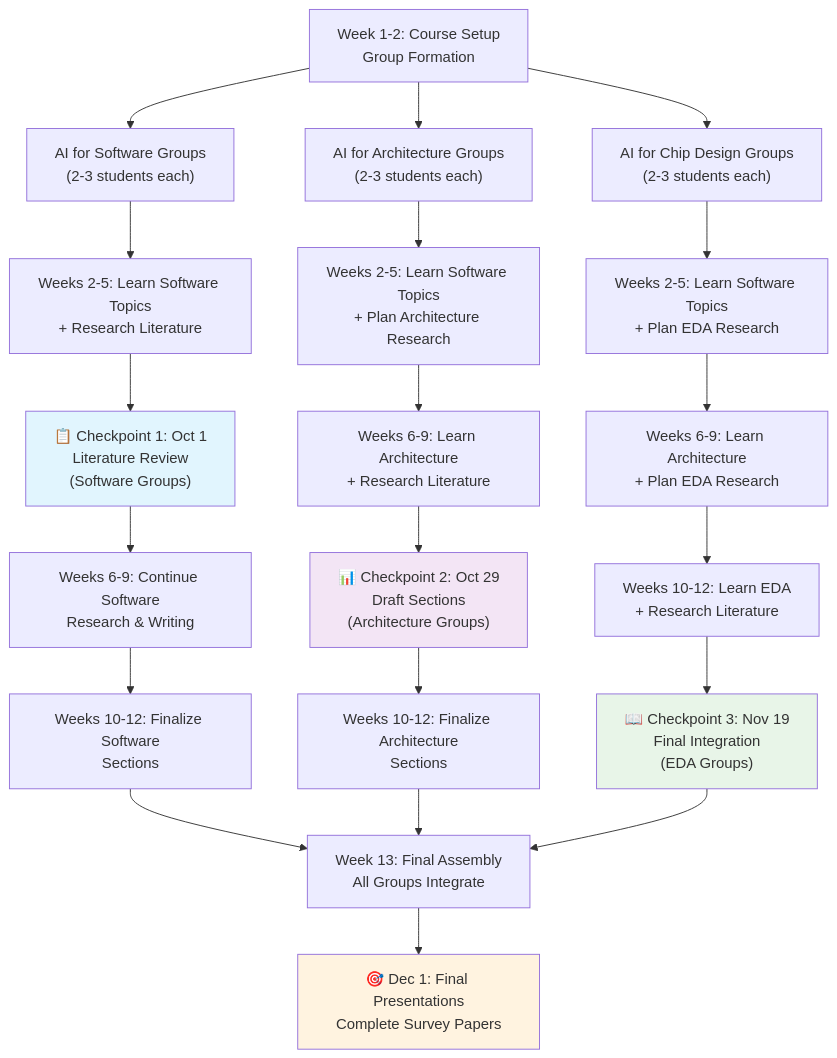
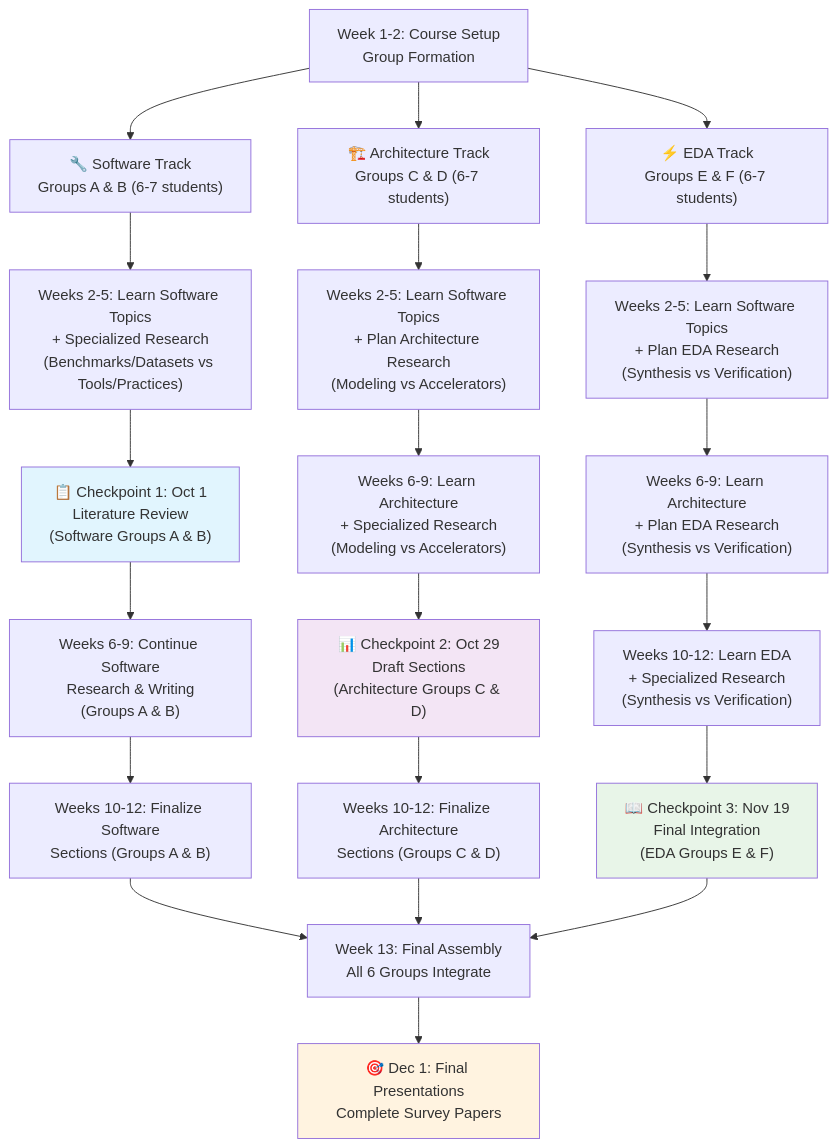
One commit to harvard-edge/cs249r_fall2025 changed the third of 3 diagrams in course/project.md. Above: the diagram before and after it, drawn with Mermaid. The commit also changed other lines of this file, not shown here.

First line of the commit message:
Restructure for 16-19 students with Architecture 2.0 framework

```diff
--- a/course/project.md
+++ b/course/project.md
@@ -133,35 +155,35 @@
 <div class="mermaid">
 flowchart TD
-    A["Week 1-2: Course Setup<br/>Group Formation"] --> B["AI for Software Groups<br/>(2-3 students each)"]
-    A --> C["AI for Architecture Groups<br/>(2-3 students each)"]
-    A --> D["AI for Chip Design Groups<br/>(2-3 students each)"]
+    A["Week 1-2: Course Setup<br/>Group Formation"] --> B["🔧 Software Track<br/>Groups A & B (6-7 students)"]
+    A --> C["🏗️ Architecture Track<br/>Groups C & D (6-7 students)"]
+    A --> D["⚡ EDA Track<br/>Groups E & F (6-7 students)"]
     
-    B --> E["Weeks 2-5: Learn Software Topics<br/>+ Research Literature"]
-    C --> F["Weeks 2-5: Learn Software Topics<br/>+ Plan Architecture Research"]
-    D --> G["Weeks 2-5: Learn Software Topics<br/>+ Plan EDA Research"]
+    B --> E["Weeks 2-5: Learn Software Topics<br/>+ Specialized Research<br/>(Benchmarks/Datasets vs Tools/Practices)"]
+    C --> F["Weeks 2-5: Learn Software Topics<br/>+ Plan Architecture Research<br/>(Modeling vs Accelerators)"]
+    D --> G["Weeks 2-5: Learn Software Topics<br/>+ Plan EDA Research<br/>(Synthesis vs Verification)"]
     
-    E --> H["📋 Checkpoint 1: Oct 1<br/>Literature Review<br/>(Software Groups)"]
+    E --> H["📋 Checkpoint 1: Oct 1<br/>Literature Review<br/>(Software Groups A & B)"]
     
-    F --> I["Weeks 6-9: Learn Architecture<br/>+ Research Literature"]
-    G --> J["Weeks 6-9: Learn Architecture<br/>+ Plan EDA Research"]
-    H --> K["Weeks 6-9: Continue Software<br/>Research & Writing"]
+    F --> I["Weeks 6-9: Learn Architecture<br/>+ Specialized Research<br/>(Modeling vs Accelerators)"]
+    G --> J["Weeks 6-9: Learn Architecture<br/>+ Plan EDA Research<br/>(Synthesis vs Verification)"]
+    H --> K["Weeks 6-9: Continue Software<br/>Research & Writing<br/>(Groups A & B)"]
     
-    I --> L["📊 Checkpoint 2: Oct 29<br/>Draft Sections<br/>(Architecture Groups)"]
+    I --> L["📊 Checkpoint 2: Oct 29<br/>Draft Sections<br/>(Architecture Groups C & D)"]
     
-    J --> M["Weeks 10-12: Learn EDA<br/>+ Research Literature"]
-    K --> N["Weeks 10-12: Finalize Software<br/>Sections"]
-    L --> O["Weeks 10-12: Finalize Architecture<br/>Sections"]
+    J --> M["Weeks 10-12: Learn EDA<br/>+ Specialized Research<br/>(Synthesis vs Verification)"]
+    K --> N["Weeks 10-12: Finalize Software<br/>Sections (Groups A & B)"]
+    L --> O["Weeks 10-12: Finalize Architecture<br/>Sections (Groups C & D)"]
     
-    M --> P["📖 Checkpoint 3: Nov 19<br/>Final Integration<br/>(EDA Groups)"]
+    M --> P["📖 Checkpoint 3: Nov 19<br/>Final Integration<br/>(EDA Groups E & F)"]
     
-    N --> Q["Week 13: Final Assembly<br/>All Groups Integrate"]
+    N --> Q["Week 13: Final Assembly<br/>All 6 Groups Integrate"]
     O --> Q
     P --> Q
     
     Q --> R["🎯 Dec 1: Final Presentations<br/>Complete Survey Papers"]
     
     style H fill:#e1f5fe
     style L fill:#f3e5f5
     style P fill:#e8f5e8
     style R fill:#fff3e0
 </div>
```
